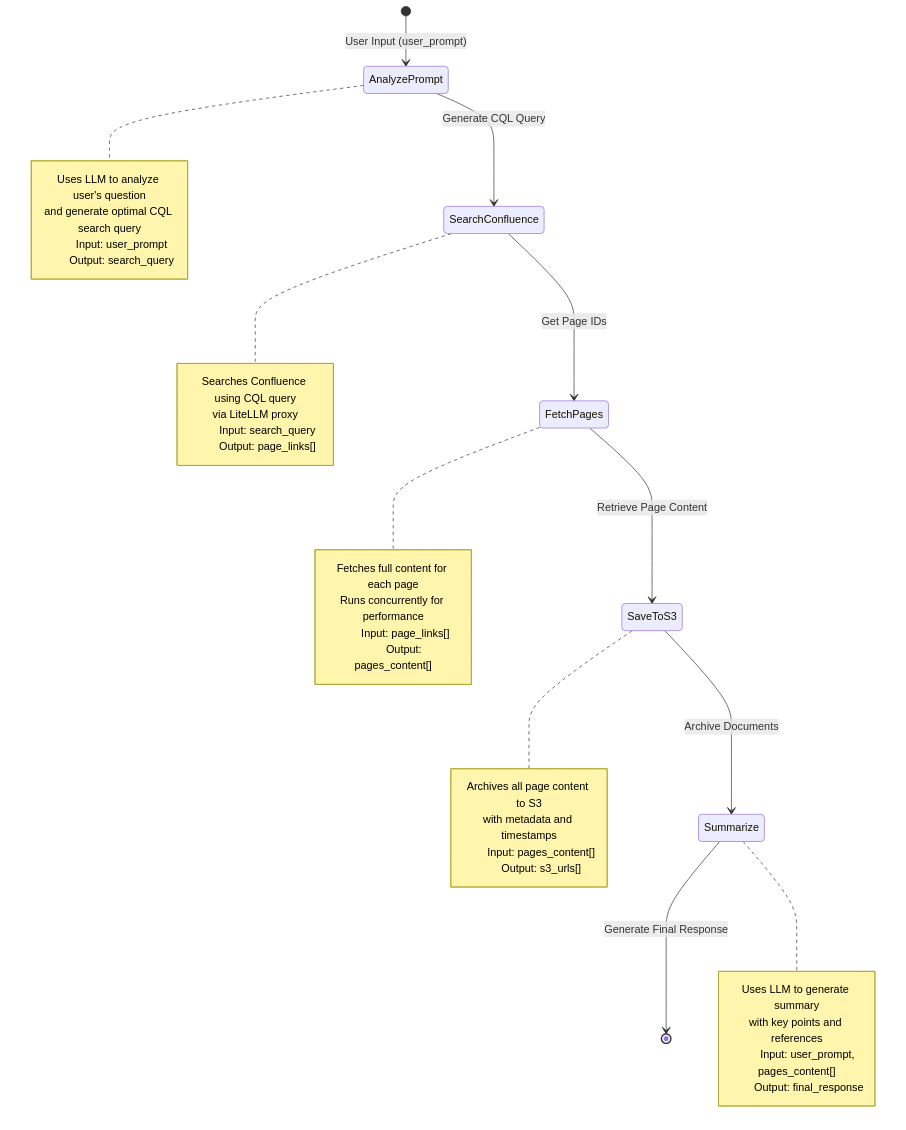
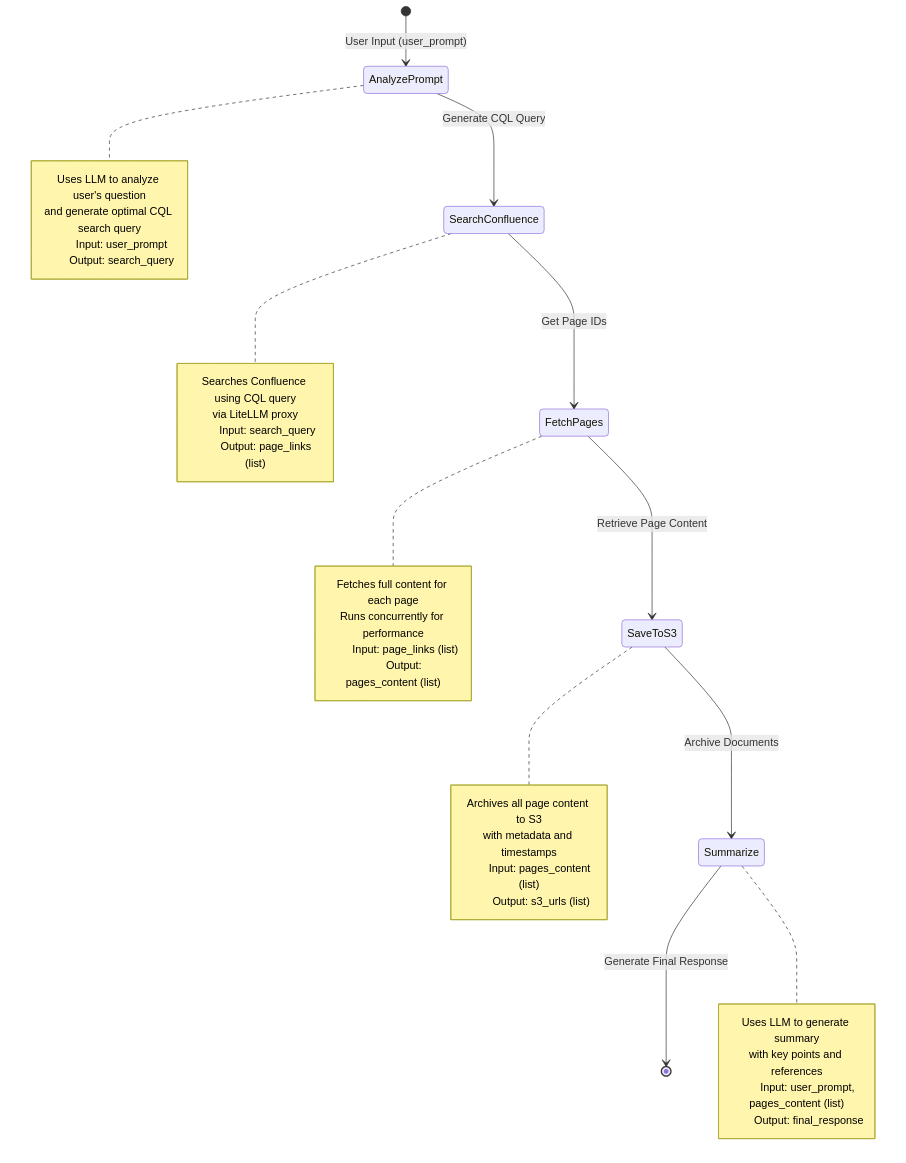
One commit to saga/llm-as-middle changed the first of 6 diagrams in workflow-diagram.md. Above: the diagram before and after it, drawn with Mermaid. The commit also changed other lines of this file, not shown here.

````diff
--- a/workflow-diagram.md
+++ b/workflow-diagram.md
@@ -5,54 +5,54 @@
 ```mermaid
 stateDiagram-v2
     [*] --> AnalyzePrompt: User Input (user_prompt)
     
     AnalyzePrompt --> SearchConfluence: Generate CQL Query
     
     SearchConfluence --> FetchPages: Get Page IDs
     
     FetchPages --> SaveToS3: Retrieve Page Content
     
     SaveToS3 --> Summarize: Archive Documents
     
     Summarize --> [*]: Generate Final Response
     
     note right of AnalyzePrompt
         Uses LLM to analyze user's question
         and generate optimal CQL search query
         
         Input: user_prompt
         Output: search_query
     end note
     
     note right of SearchConfluence
         Searches Confluence using CQL query
         via LiteLLM proxy
         
         Input: search_query
-        Output: page_links[]
+        Output: page_links (list)
     end note
     
     note right of FetchPages
         Fetches full content for each page
         Runs concurrently for performance
         
-        Input: page_links[]
-        Output: pages_content[]
+        Input: page_links (list)
+        Output: pages_content (list)
     end note
     
     note right of SaveToS3
         Archives all page content to S3
         with metadata and timestamps
         
-        Input: pages_content[]
-        Output: s3_urls[]
+        Input: pages_content (list)
+        Output: s3_urls (list)
     end note
     
     note right of Summarize
         Uses LLM to generate summary
         with key points and references
         
-        Input: user_prompt, pages_content[]
+        Input: user_prompt, pages_content (list)
         Output: final_response
     end note
 ```
````
